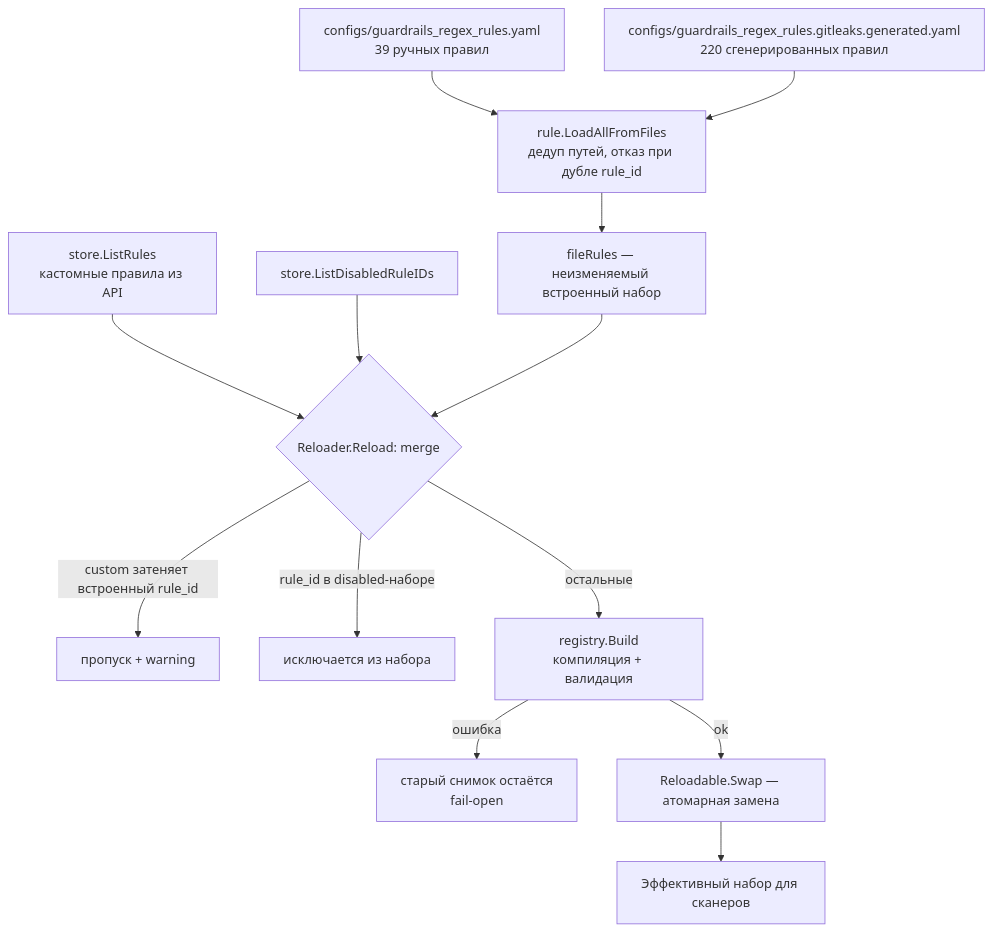
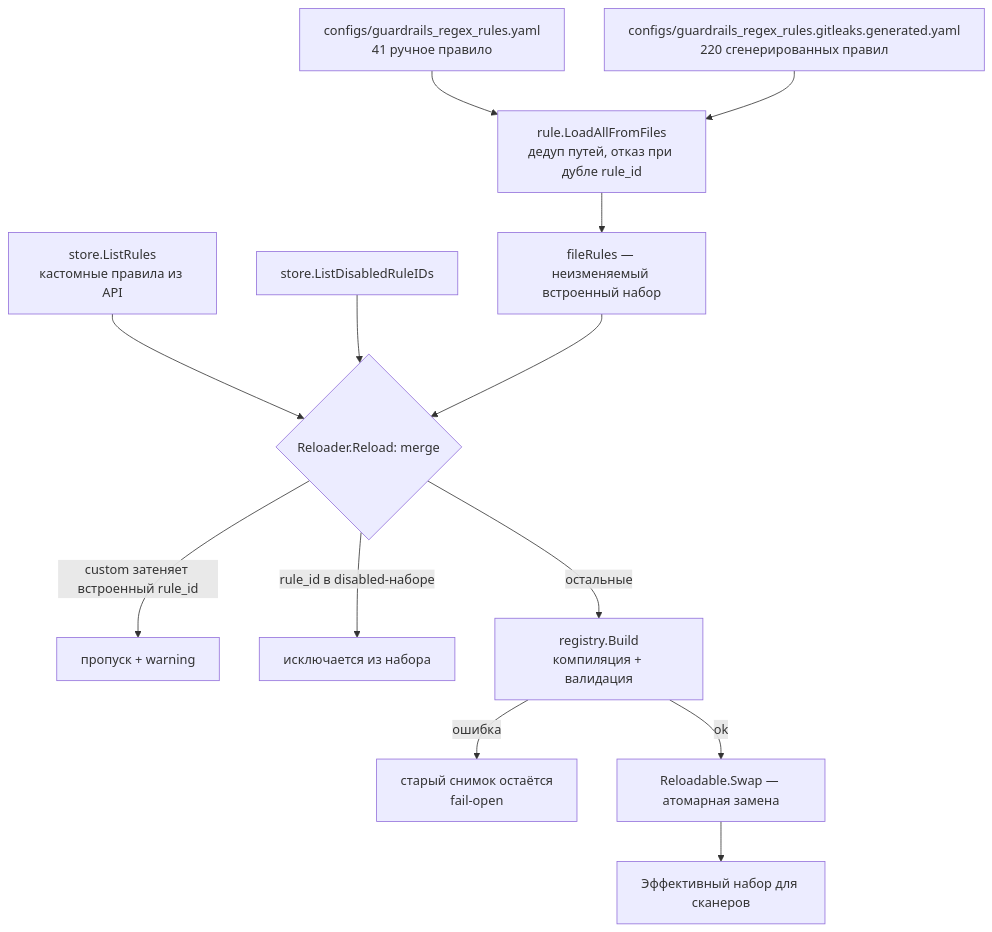
The first of 3 diagrams in docs/rules-engine/README.md (cloud-ru-tech/guardrails-llm-filter), drawn with Mermaid before and after one commit. The commit also changed other lines of this file and 4 other files, not shown here.

````diff
--- a/docs/rules-engine/README.md
+++ b/docs/rules-engine/README.md
@@ -53,15 +53,15 @@
 ```mermaid
 flowchart TD
-    YAML["configs/guardrails_regex_rules.yaml<br/>39 ручных правил"] --> LOAD["rule.LoadAllFromFiles<br/>дедуп путей, отказ при дубле rule_id"]
+    YAML["configs/guardrails_regex_rules.yaml<br/>41 ручное правило"] --> LOAD["rule.LoadAllFromFiles<br/>дедуп путей, отказ при дубле rule_id"]
     GEN["configs/guardrails_regex_rules.gitleaks.generated.yaml<br/>220 сгенерированных правил"] --> LOAD
     LOAD --> FILES["fileRules — неизменяемый встроенный набор"]
     STORE["store.ListRules<br/>кастомные правила из API"] --> MERGE
     DIS["store.ListDisabledRuleIDs"] --> MERGE
     FILES --> MERGE{"Reloader.Reload: merge"}
     MERGE -->|"custom затеняет встроенный rule_id"| SKIP["пропуск + warning"]
     MERGE -->|"rule_id в disabled-наборе"| OFF["исключается из набора"]
     MERGE -->|"остальные"| BUILD["registry.Build<br/>компиляция + валидация"]
     BUILD -->|"ошибка"| KEEP["старый снимок остаётся<br/>fail-open"]
     BUILD -->|"ok"| SWAP["Reloadable.Swap — атомарная замена"]
     SWAP --> EFF["Эффективный набор для сканеров"]
 ```
````
